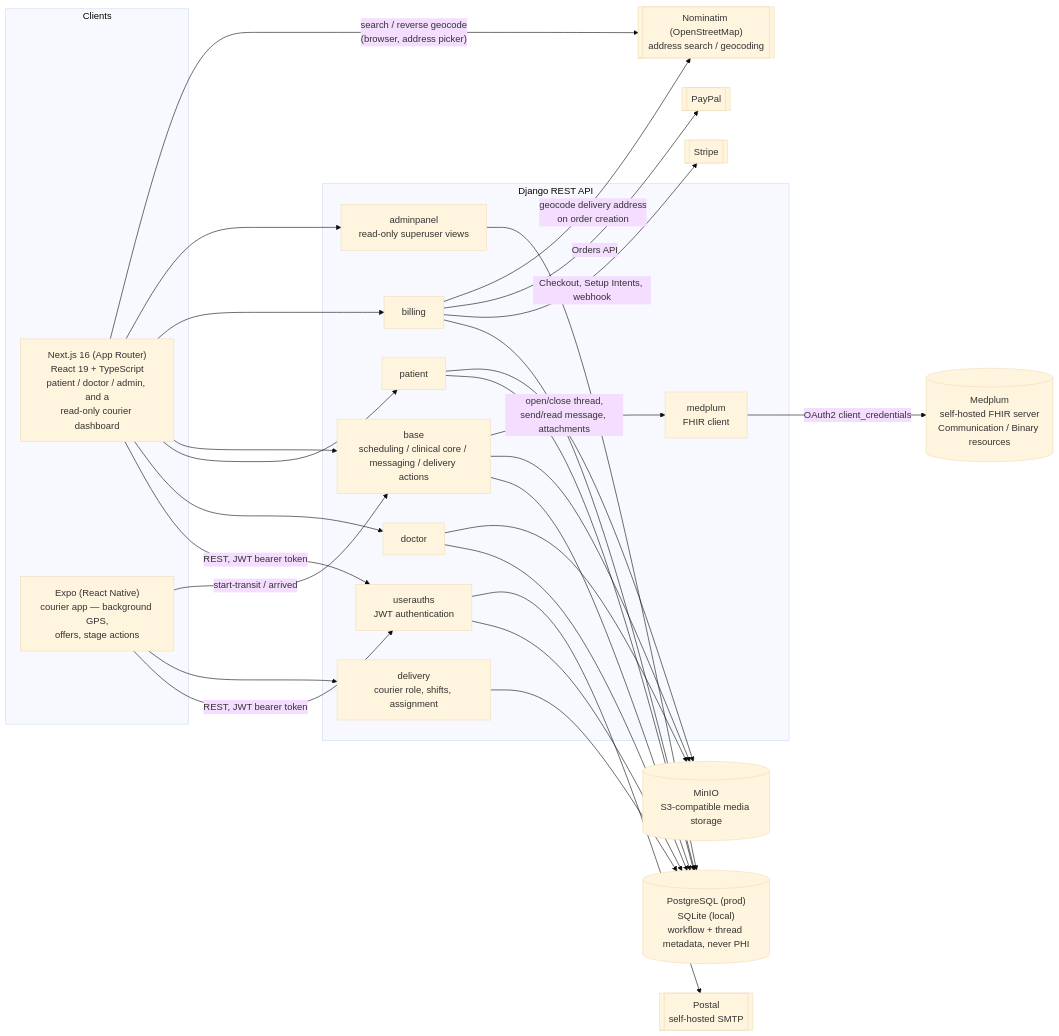
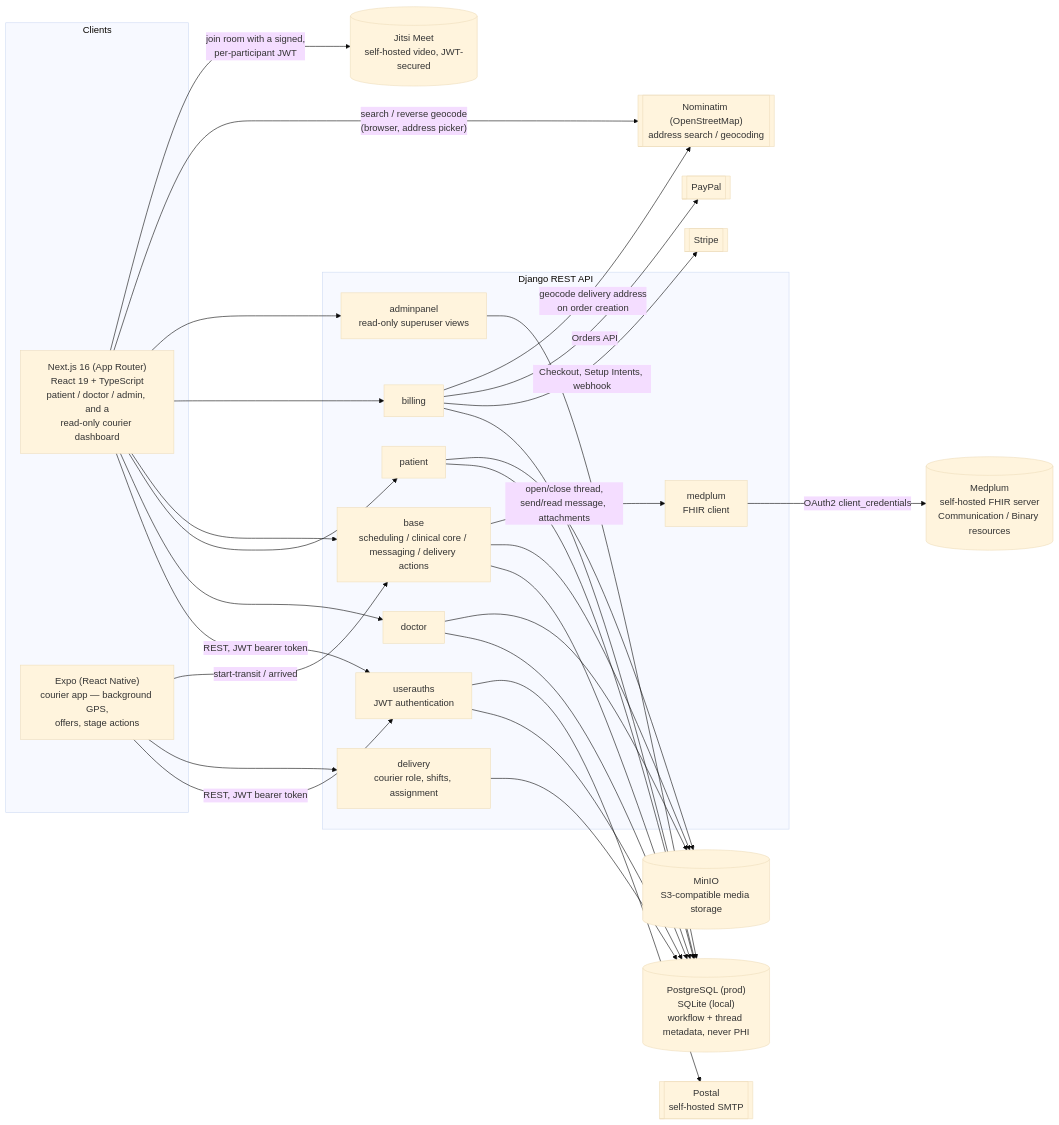
The first of 6 diagrams in README.md (cris185/CHOHEALTH), drawn with Mermaid (base theme) before and after one commit. The commit also changed other lines of this file and 1 other file, not shown here.

First line of the commit message:
Document the Jitsi Meet video-consultation feature in both READMEs

````diff
--- a/README.md
+++ b/README.md
@@ -134,57 +138,59 @@
 ```mermaid
 flowchart LR
     subgraph client["Clients"]
         FE["Next.js 16 (App Router)<br/>React 19 + TypeScript<br/>patient / doctor / admin, and a<br/>read-only courier dashboard"]
         MOBILE["Expo (React Native)<br/>courier app — background GPS,<br/>offers, stage actions"]
     end
 
     subgraph api["Django REST API"]
         AUTH["userauths<br/>JWT authentication"]
         DOC["doctor"]
         PAT["patient"]
         BASE["base<br/>scheduling / clinical core / messaging / delivery actions"]
         DELIV["delivery<br/>courier role, shifts, assignment"]
         ADMIN["adminpanel<br/>read-only superuser views"]
         BILL["billing"]
         MED["medplum<br/>FHIR client"]
     end
 
     DB[("PostgreSQL (prod)<br/>SQLite (local)<br/>workflow + thread metadata, never PHI")]
     MINIO[("MinIO<br/>S3-compatible media storage")]
     STRIPE[["Stripe"]]
     PAYPAL[["PayPal"]]
     POSTAL[["Postal<br/>self-hosted SMTP"]]
     MEDPLUM[("Medplum<br/>self-hosted FHIR server<br/>Communication / Binary resources")]
     NOMINATIM[["Nominatim (OpenStreetMap)<br/>address search / geocoding"]]
+    JITSI[("Jitsi Meet<br/>self-hosted video, JWT-secured")]
 
     FE -->|"REST, JWT bearer token"| AUTH
     FE --> DOC
     FE --> PAT
     FE --> BASE
     FE --> BILL
     FE --> ADMIN
     FE -->|"search / reverse geocode<br/>(browser, address picker)"| NOMINATIM
+    FE -->|"join room with a signed,<br/>per-participant JWT"| JITSI
     MOBILE -->|"REST, JWT bearer token"| AUTH
     MOBILE --> DELIV
     MOBILE -->|"start-transit / arrived"| BASE
 
     AUTH --> DB
     DOC --> DB
     PAT --> DB
     BASE --> DB
     BILL --> DB
     DELIV --> DB
     ADMIN --> DB
 
     DOC --> MINIO
     PAT --> MINIO
     BASE --> MINIO
 
     BASE -->|"open/close thread,<br/>send/read message, attachments"| MED
     MED -->|"OAuth2 client_credentials"| MEDPLUM
 
     BILL -->|"Checkout, Setup Intents, webhook"| STRIPE
     BILL -->|"Orders API"| PAYPAL
     BILL -->|"geocode delivery address<br/>on order creation"| NOMINATIM
     AUTH --> POSTAL
 ```
````
